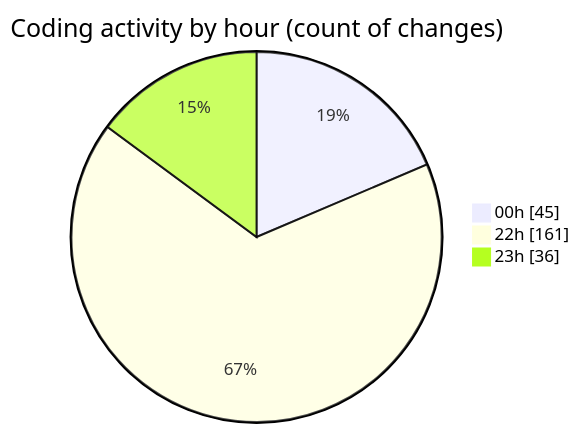
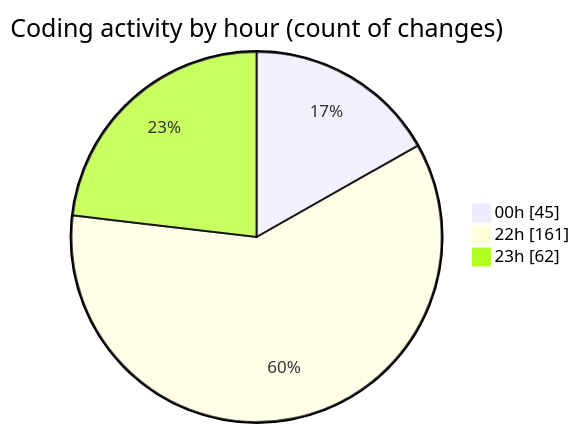
One commit to Ritupan-Deka/code-tracking changed the second of 2 diagrams in 2025-07-29/javascript/README.md. Above: the diagram before and after it, drawn with Mermaid. The commit also changed other lines of this file and 1 other file, not shown here.

````diff
--- a/2025-07-29/javascript/README.md
+++ b/2025-07-29/javascript/README.md
@@ -29,7 +29,7 @@
 ```mermaid
 pie showData
 title Coding activity by hour (count of changes)
 "00h" : 45
 "22h" : 161
-"23h" : 36
+"23h" : 62
 ```
````
